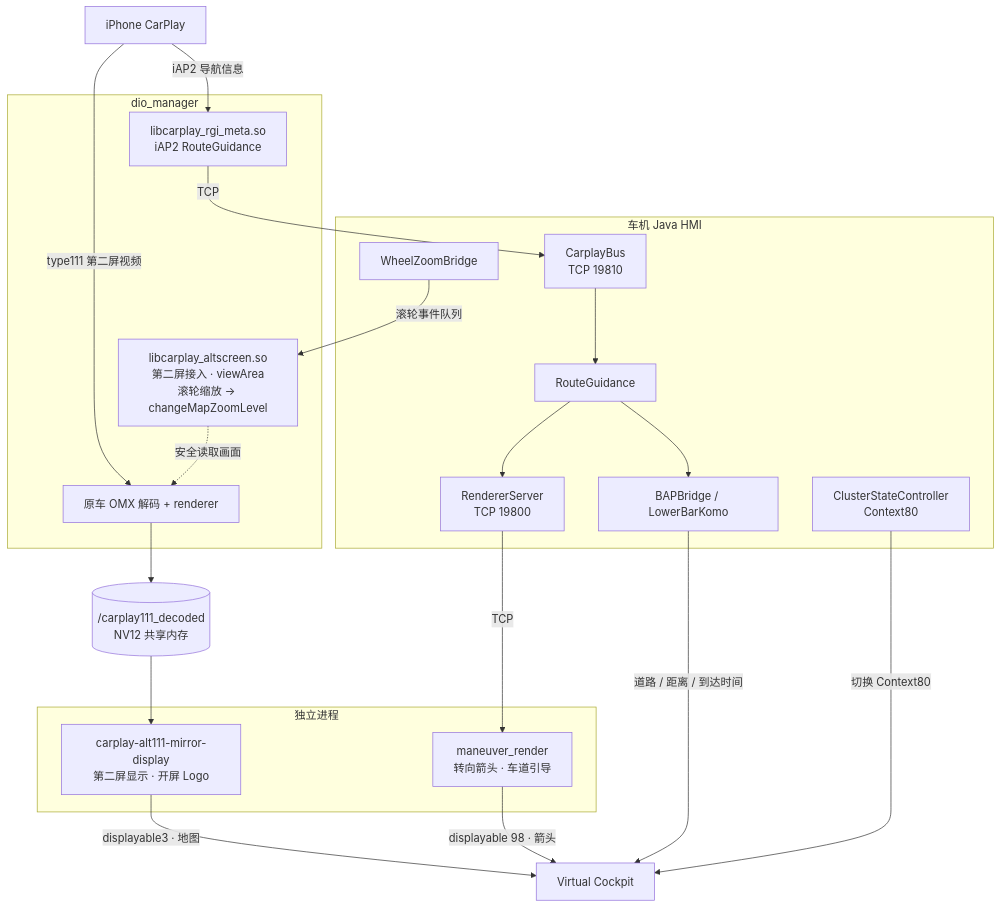
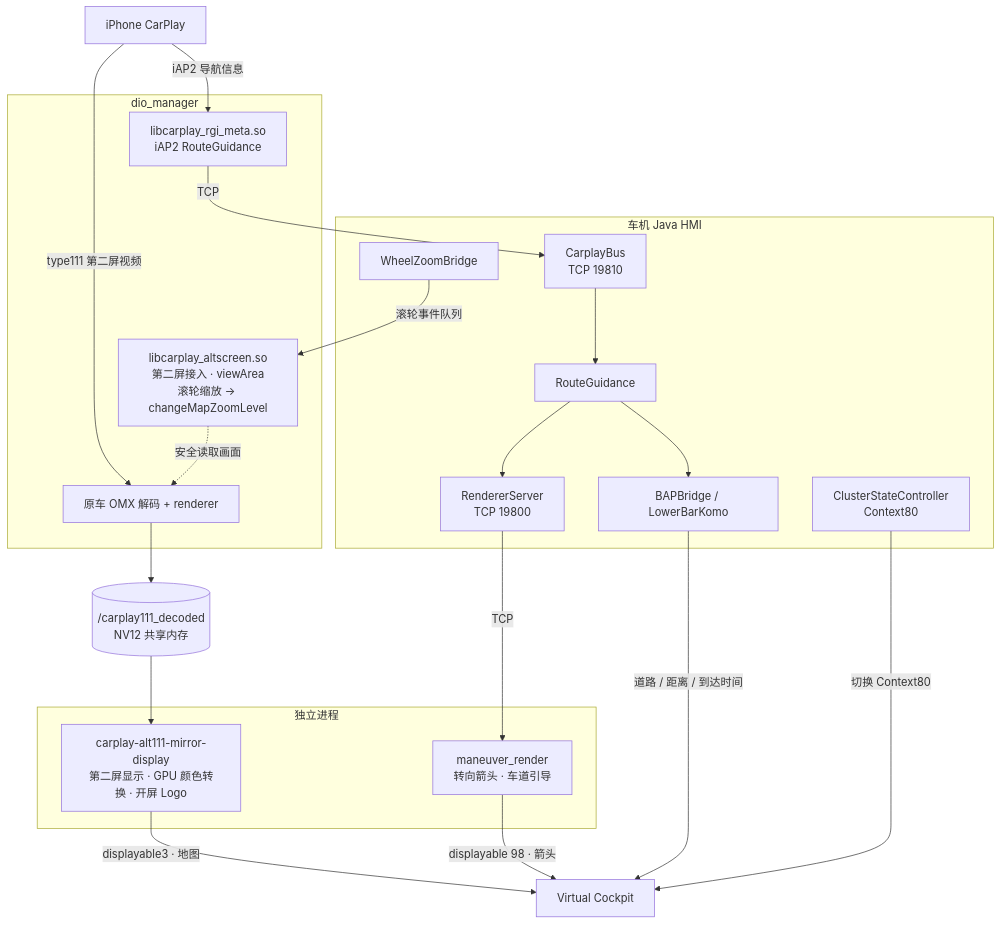
One commit to jamespan/MHI2Q-CarPlay-AltScreen changed the diagram in README.md. Above: the diagram before and after it, drawn with Mermaid. The commit also changed other lines of this file and 1 other file, not shown here.

First line of the commit message:
README: 补充 GPU 颜色转换性能优化说明

````diff
--- a/README.md
+++ b/README.md
@@ -76,41 +77,41 @@
 ```mermaid
 flowchart TB
     iPhone["iPhone CarPlay"]
 
     subgraph DIO["dio_manager"]
         OMX["原车 OMX 解码 + renderer"]
         ALT["libcarplay_altscreen.so<br/>第二屏接入 · viewArea<br/>滚轮缩放 → changeMapZoomLevel"]
         RGIM["libcarplay_rgi_meta.so<br/>iAP2 RouteGuidance"]
     end
 
     SHM[("/carplay111_decoded<br/>NV12 共享内存")]
 
     subgraph HMI["车机 Java HMI"]
         BUS["CarplayBus<br/>TCP 19810"]
         RG["RouteGuidance"]
         BAP["BAPBridge / LowerBarKomo"]
         RS["RendererServer<br/>TCP 19800"]
         CSC["ClusterStateController<br/>Context80"]
         WZ["WheelZoomBridge"]
     end
 
     subgraph SIDE["独立进程"]
-        MIR["carplay-alt111-mirror-display<br/>第二屏显示 · 开屏 Logo"]
+        MIR["carplay-alt111-mirror-display<br/>第二屏显示 · GPU 颜色转换 · 开屏 Logo"]
         MR["maneuver_render<br/>转向箭头 · 车道引导"]
     end
 
     VC["Virtual Cockpit"]
 
     iPhone -- "type111 第二屏视频" --> OMX
     iPhone -- "iAP2 导航信息" --> RGIM
     ALT -. "安全读取画面" .-> OMX
     OMX --> SHM --> MIR
     RGIM -- "TCP" --> BUS --> RG
     RG --> BAP
     RG --> RS -- "TCP" --> MR
     WZ -- "滚轮事件队列" --> ALT
     MIR -- "displayable3 · 地图" --> VC
     MR -- "displayable 98 · 箭头" --> VC
     BAP -- "道路 / 距离 / 到达时间" --> VC
     CSC -- "切换 Context80" --> VC
 ```
````
